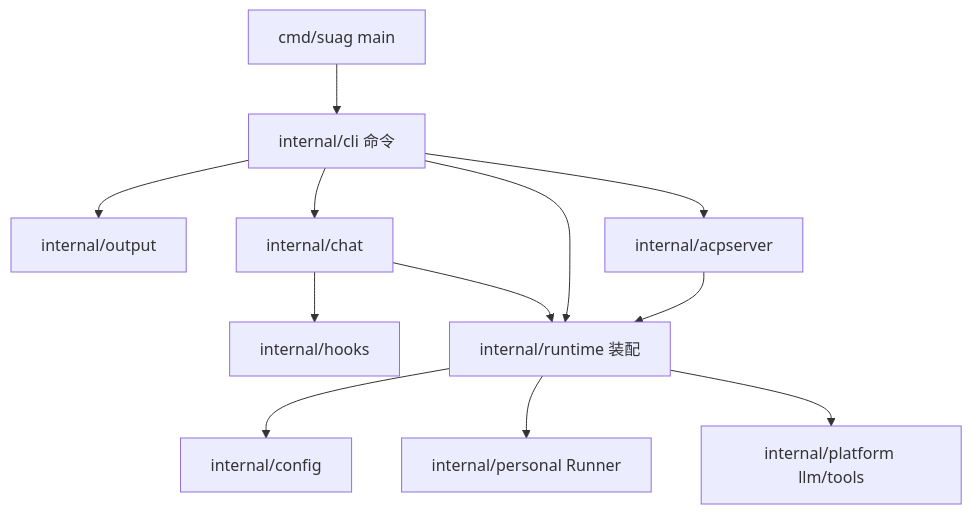
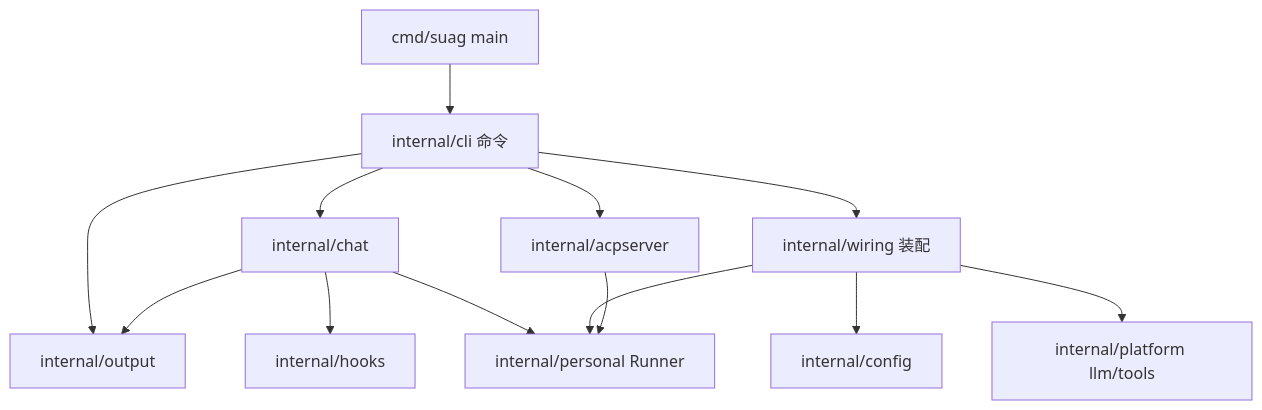
Before and after one commit to inhere/suag: the diagram in docs/design/2026-10-09-config-layering-chat-design.md, drawn with Mermaid. The commit also changed other lines of this file, not shown here.

Commit message:
docs(design): revise config/layering/chat design after review (0.2)

````diff
--- a/docs/design/2026-10-09-config-layering-chat-design.md
+++ b/docs/design/2026-10-09-config-layering-chat-design.md
@@ -126,14 +134,15 @@
 ```mermaid
 flowchart TD
   main[cmd/suag main] --> cli[internal/cli 命令]
   cli --> output[internal/output]
   cli --> chat[internal/chat]
-  cli --> rt[internal/runtime 装配]
+  cli --> rt[internal/wiring 装配]
+  cli --> acp[internal/acpserver]
   chat --> hooks[internal/hooks]
-  chat --> rt
+  chat --> output
+  chat --> personal
   rt --> cfg[internal/config]
   rt --> personal[internal/personal Runner]
   rt --> platform[internal/platform llm/tools]
-  cli --> acp[internal/acpserver]
-  acp --> rt
+  acp --> personal
 ```
````
